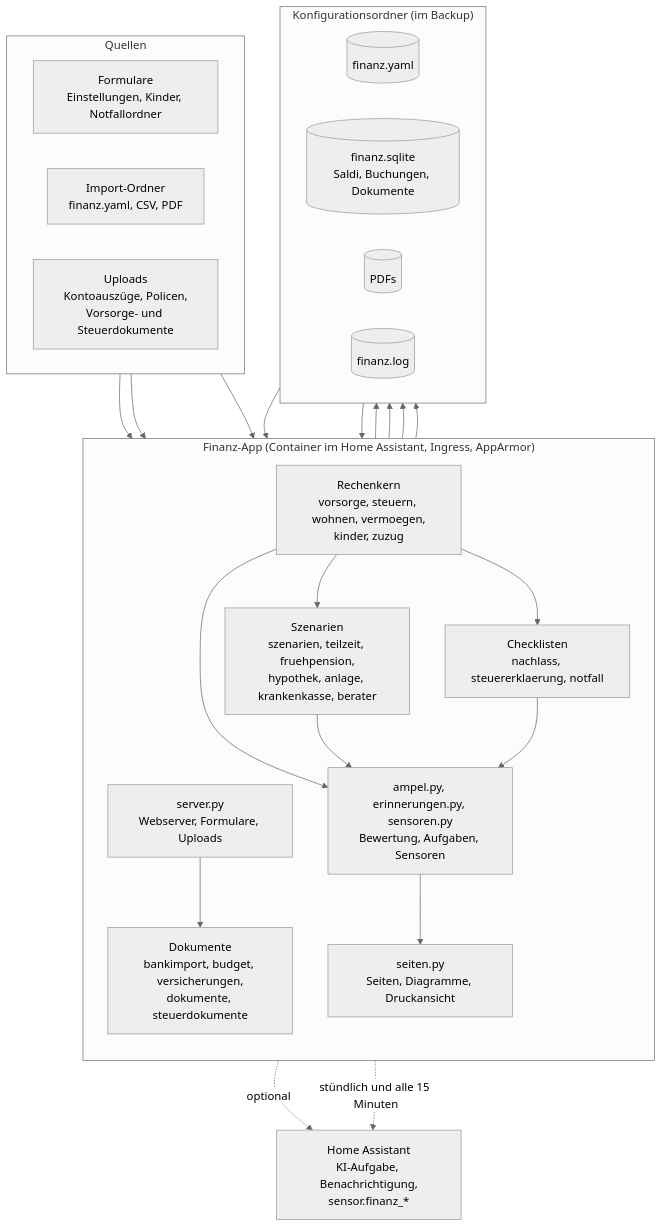
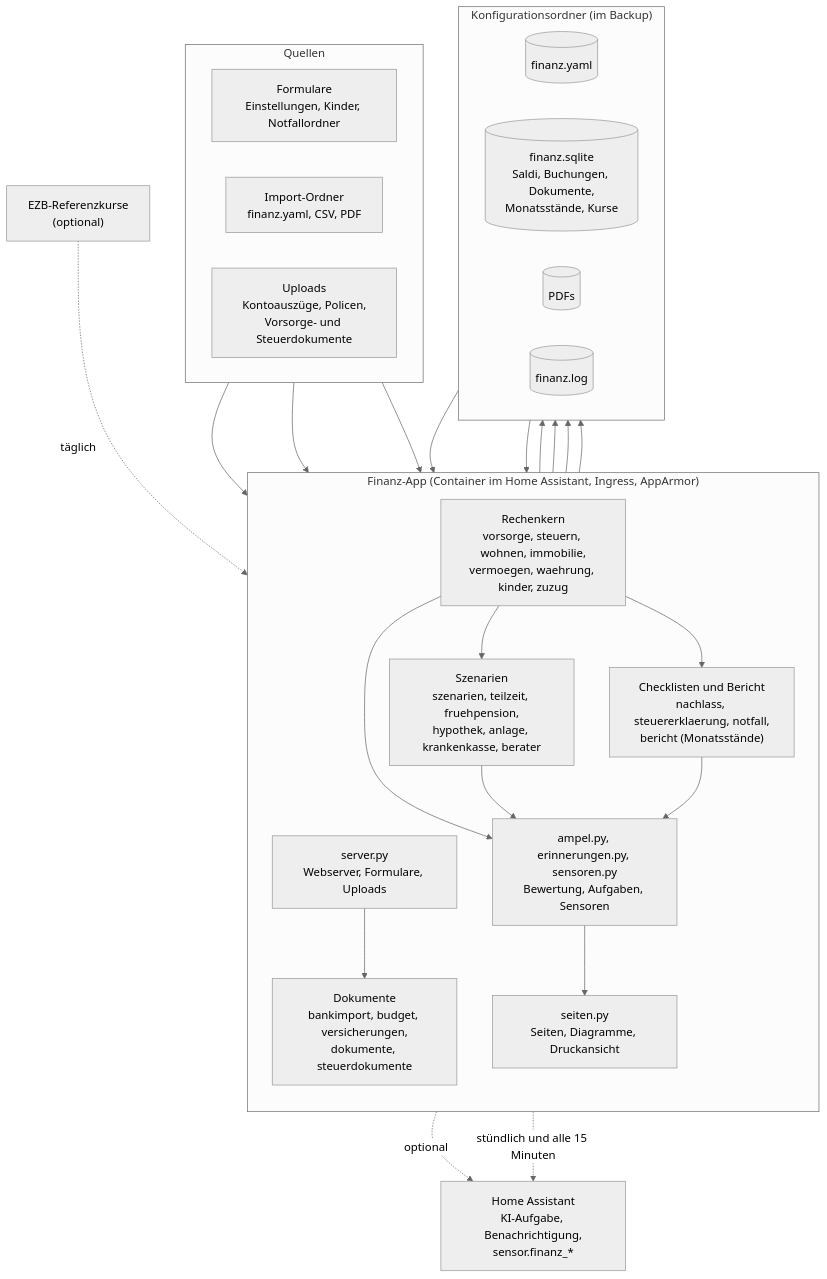
One commit to khu1985/finanz-ha changed the diagram in docs/architektur.mmd. Above: the diagram before and after it, drawn with Mermaid (neutral theme). The commit also changed 28 other files, not shown here.

```diff
--- a/docs/architektur.mmd
+++ b/docs/architektur.mmd
@@ -1,34 +1,35 @@
 flowchart TB
     subgraph Quellen
         direction LR
         F["Formulare<br/>Einstellungen, Kinder, Notfallordner"]
         I["Import-Ordner<br/>finanz.yaml, CSV, PDF"]
         U["Uploads<br/>Kontoauszüge, Policen,<br/>Vorsorge- und Steuerdokumente"]
     end
     subgraph App["Finanz-App (Container im Home Assistant, Ingress, AppArmor)"]
         direction TB
         S["server.py<br/>Webserver, Formulare, Uploads"]
         D["Dokumente<br/>bankimport, budget, versicherungen,<br/>dokumente, steuerdokumente"]
-        K["Rechenkern<br/>vorsorge, steuern, wohnen, vermoegen,<br/>kinder, zuzug"]
+        K["Rechenkern<br/>vorsorge, steuern, wohnen, immobilie,<br/>vermoegen, waehrung, kinder, zuzug"]
         Z["Szenarien<br/>szenarien, teilzeit, fruehpension,<br/>hypothek, anlage, krankenkasse, berater"]
-        C["Checklisten<br/>nachlass, steuererklaerung, notfall"]
+        C["Checklisten und Bericht<br/>nachlass, steuererklaerung, notfall,<br/>bericht (Monatsstände)"]
         A["ampel.py, erinnerungen.py, sensoren.py<br/>Bewertung, Aufgaben, Sensoren"]
         SE["seiten.py<br/>Seiten, Diagramme, Druckansicht"]
     end
     subgraph Daten["Konfigurationsordner (im Backup)"]
         direction LR
         Y[("finanz.yaml")]
-        DB[("finanz.sqlite<br/>Saldi, Buchungen, Dokumente")]
+        DB[("finanz.sqlite<br/>Saldi, Buchungen, Dokumente,<br/>Monatsstände, Kurse")]
         P[("PDFs")]
         L[("finanz.log")]
     end
     HA["Home Assistant<br/>KI-Aufgabe, Benachrichtigung,<br/>sensor.finanz_*"]
     F & I & U --> S
     S --> D --> DB & P
     S --> Y
     Y & DB --> K --> Z
     K --> C
     K & Z & C --> A --> SE
     Z -. optional .-> HA
+    EZB["EZB-Referenzkurse<br/>(optional)"] -. täglich .-> K
     A -. stündlich und alle 15 Minuten .-> HA
     S --> L
```
